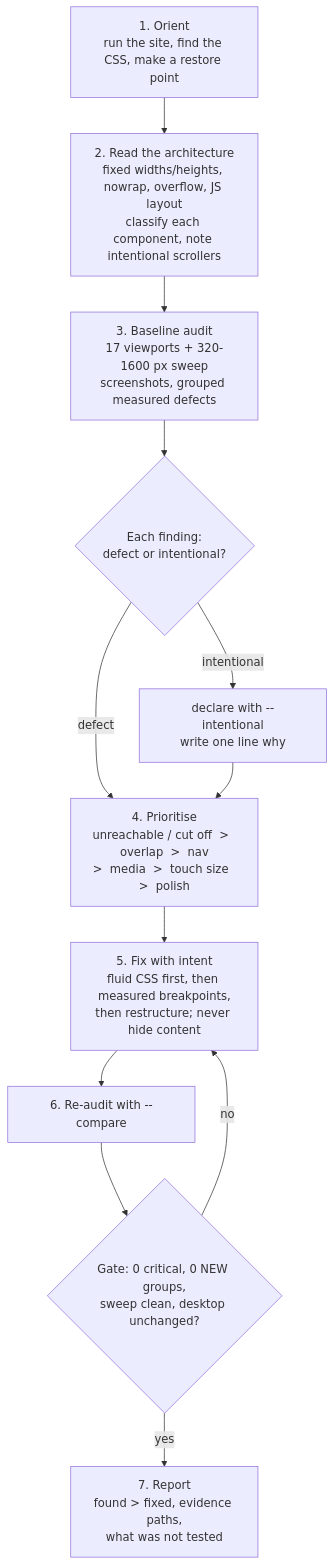
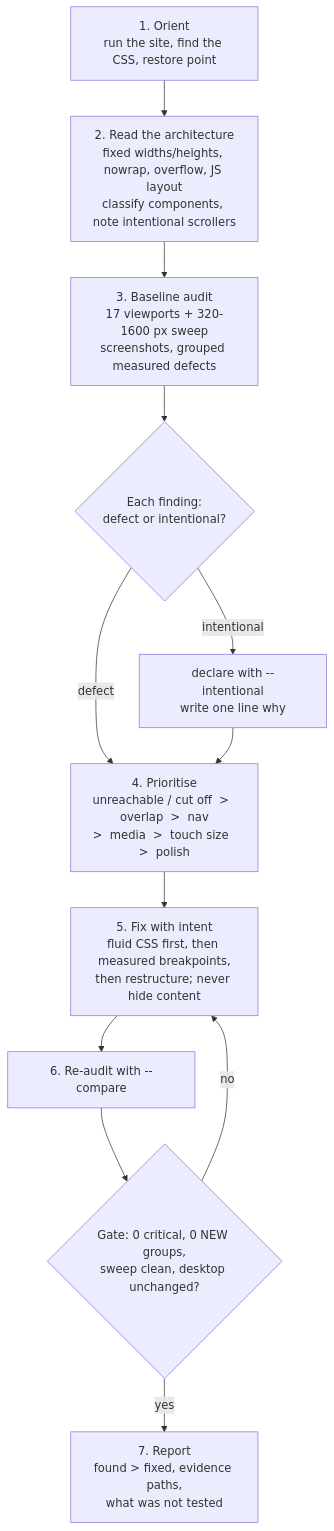
Before and after one commit to MONTASSAR2001/skill-lang-responsive: the second of 4 diagrams in README.md, drawn with Mermaid. The commit also changed other lines of this file and 101 other files, not shown here.

````diff
--- a/README.md
+++ b/README.md
@@ -67,14 +112,14 @@
 ```mermaid
 flowchart TD
-  A["1. Orient<br/>run the site, find the CSS, make a restore point"] --> B["2. Read the architecture<br/>fixed widths/heights, nowrap, overflow, JS layout<br/>classify each component, note intentional scrollers"]
+  A["1. Orient<br/>run the site, find the CSS, restore point"] --> B["2. Read the architecture<br/>fixed widths/heights, nowrap, overflow, JS layout<br/>classify components, note intentional scrollers"]
   B --> C["3. Baseline audit<br/>17 viewports + 320-1600 px sweep<br/>screenshots, grouped measured defects"]
   C --> D{"Each finding:<br/>defect or intentional?"}
   D -->|intentional| D2["declare with --intentional<br/>write one line why"]
   D -->|defect| E["4. Prioritise<br/>unreachable / cut off  >  overlap  >  nav<br/>>  media  >  touch size  >  polish"]
   D2 --> E
   E --> F["5. Fix with intent<br/>fluid CSS first, then measured breakpoints,<br/>then restructure; never hide content"]
   F --> G["6. Re-audit with --compare"]
   G --> H{"Gate: 0 critical, 0 NEW groups,<br/>sweep clean, desktop unchanged?"}
   H -->|no| F
   H -->|yes| I["7. Report<br/>found > fixed, evidence paths,<br/>what was not tested"]
 ```
````
